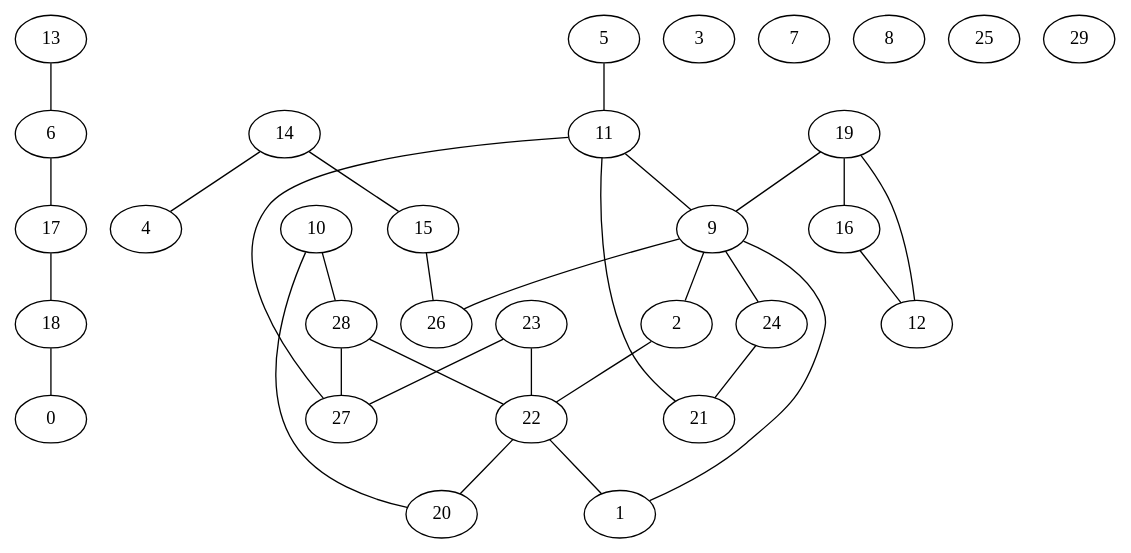
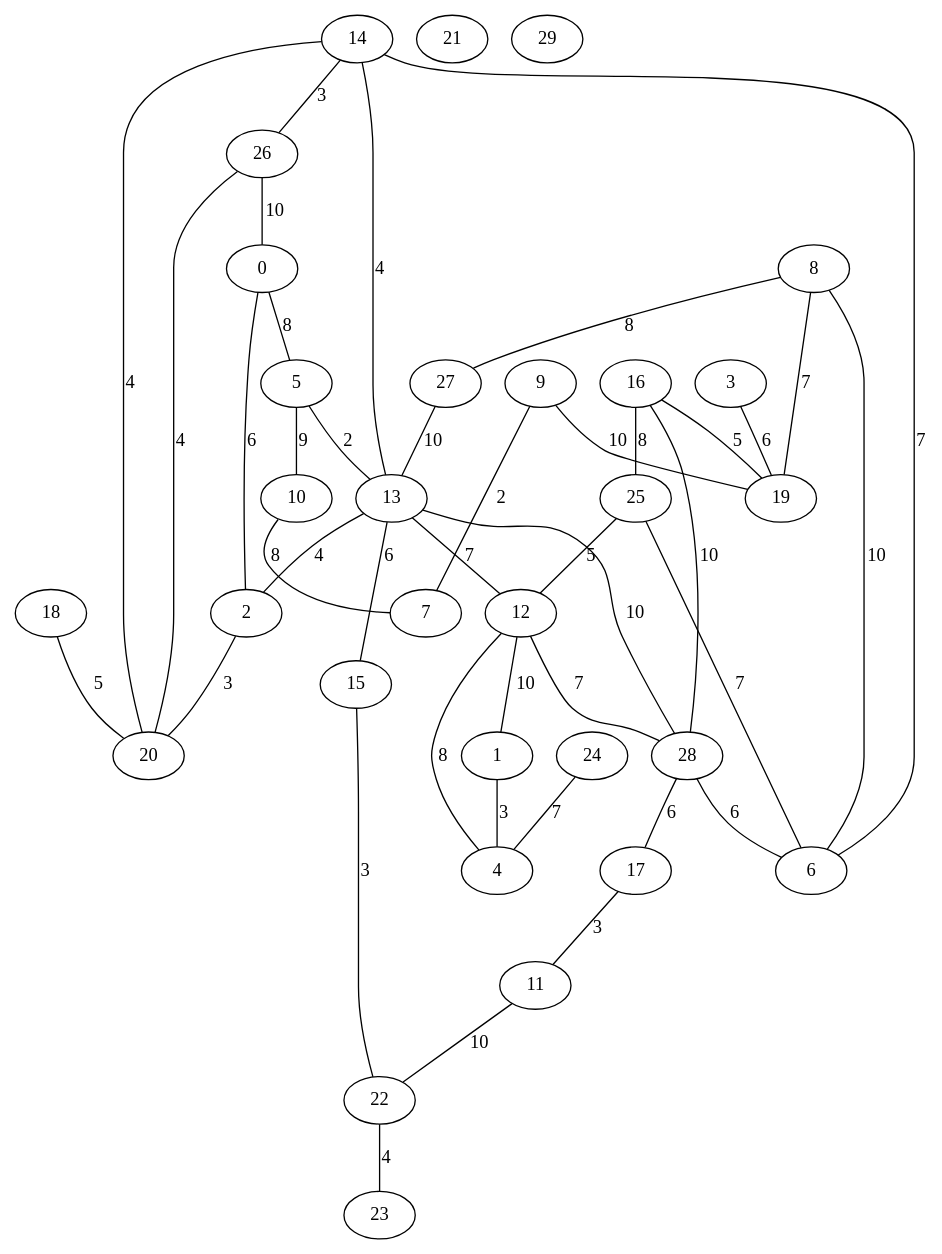
The diagram in gv/Erdos_Rengy_30.gv (HugoBec/graph), drawn with Graphviz before and after one commit. The commit also changed 111 other files, not shown here.

```diff
--- a/gv/Erdos_Rengy_30.gv
+++ b/gv/Erdos_Rengy_30.gv
@@ -1,61 +1,72 @@
 graph {
 	0 [label=0]
 	1 [label=1]
 	2 [label=2]
 	3 [label=3]
 	4 [label=4]
 	5 [label=5]
 	6 [label=6]
 	7 [label=7]
 	8 [label=8]
 	9 [label=9]
 	10 [label=10]
 	11 [label=11]
 	12 [label=12]
 	13 [label=13]
 	14 [label=14]
 	15 [label=15]
 	16 [label=16]
 	17 [label=17]
 	18 [label=18]
 	19 [label=19]
 	20 [label=20]
 	21 [label=21]
 	22 [label=22]
 	23 [label=23]
 	24 [label=24]
 	25 [label=25]
 	26 [label=26]
 	27 [label=27]
 	28 [label=28]
 	29 [label=29]
-	16 -- 12
-	9 -- 1
-	17 -- 18
-	10 -- 20
-	22 -- 1
-	9 -- 26
-	22 -- 20
-	15 -- 26
-	19 -- 9
-	5 -- 11
-	23 -- 22
-	9 -- 2
-	11 -- 21
-	18 -- 0
-	14 -- 4
-	23 -- 27
-	24 -- 21
-	11 -- 9
-	19 -- 12
-	9 -- 24
-	6 -- 17
-	11 -- 27
-	14 -- 15
-	28 -- 22
-	19 -- 16
-	28 -- 27
-	13 -- 6
-	10 -- 28
-	2 -- 22
+	16 -- 19 [label=5]
+	3 -- 19 [label=6]
+	9 -- 19 [label=10]
+	10 -- 7 [label=8]
+	5 -- 13 [label=2]
+	9 -- 7 [label=2]
+	8 -- 6 [label=10]
+	24 -- 4 [label=7]
+	14 -- 26 [label=3]
+	14 -- 20 [label=4]
+	22 -- 23 [label=4]
+	13 -- 15 [label=6]
+	16 -- 25 [label=8]
+	27 -- 13 [label=10]
+	14 -- 6 [label=7]
+	16 -- 28 [label=10]
+	5 -- 10 [label=9]
+	15 -- 22 [label=3]
+	2 -- 20 [label=3]
+	13 -- 12 [label=7]
+	4 -- 12 [label=8]
+	28 -- 6 [label=6]
+	17 -- 11 [label=3]
+	0 -- 5 [label=8]
+	25 -- 6 [label=7]
+	28 -- 17 [label=6]
+	12 -- 1 [label=10]
+	26 -- 0 [label=10]
+	13 -- 2 [label=4]
+	26 -- 20 [label=4]
+	8 -- 19 [label=7]
+	8 -- 27 [label=8]
+	28 -- 13 [label=10]
+	18 -- 20 [label=5]
+	14 -- 13 [label=4]
+	0 -- 2 [label=6]
+	12 -- 28 [label=7]
+	1 -- 4 [label=3]
+	11 -- 22 [label=10]
+	25 -- 12 [label=5]
 }
```
